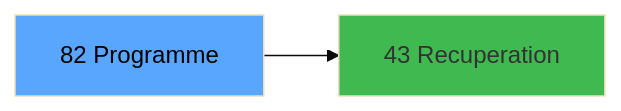
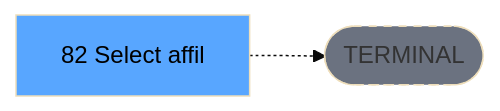
One commit to thonyAGP/lecteur-magic changed the third of 3 diagrams in .openspec/renders/ADH-IDE-82.md. Above: the diagram before and after it, drawn with Mermaid (base theme). The commit also changed other lines of this file and 701 other files, not shown here.

````diff
--- a/.openspec/renders/ADH-IDE-82.md
+++ b/.openspec/renders/ADH-IDE-82.md
@@ -148,8 +136,8 @@
 ```mermaid
 graph LR
-    T[82 Programme]
-    C43[43 Recuperation]
-    T --> C43
+    T[82    Select affil]
+    TERM([TERMINAL])
+    T -.-> TERM
+    style TERM fill:#6b7280,stroke-dasharray: 5 5
     style T fill:#58a6ff,color:#000
-    style C43 fill:#3fb950
 ```
````
